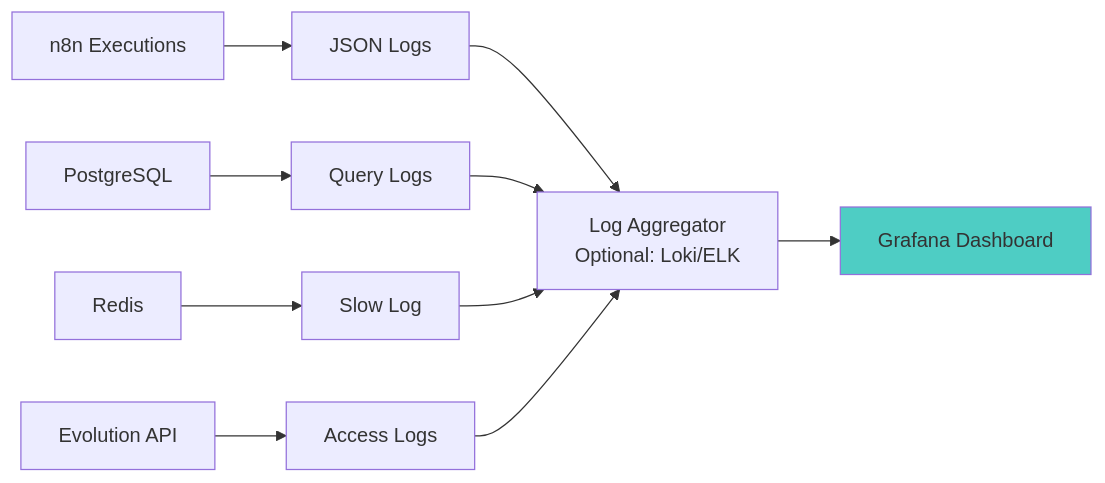
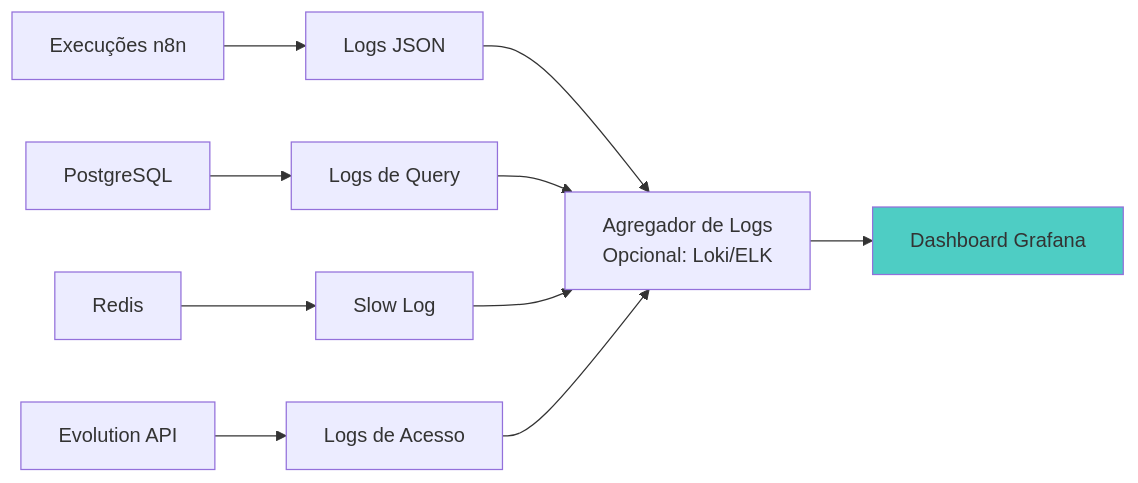
Before and after one commit to RenanLisboa8/n8n-clinic-multiagent: the tenth of 10 diagrams in docs/ARCHITECTURE.md, drawn with Mermaid. The commit also changed other lines of this file and 3 other files, not shown here.

First line of the commit message:
Translate architecture and deployment documentation to Portuguese

````diff
--- a/docs/ARCHITECTURE.md
+++ b/docs/ARCHITECTURE.md
@@ -476,16 +476,16 @@
 ```mermaid
 graph LR
-    N8N[n8n Executions] --> JSON[JSON Logs]
-    PG[PostgreSQL] --> PGLOG[Query Logs]
+    N8N[Execuções n8n] --> JSON[Logs JSON]
+    PG[PostgreSQL] --> PGLOG[Logs de Query]
     REDIS[Redis] --> REDISLOG[Slow Log]
-    EVO[Evolution API] --> EVOLOG[Access Logs]
+    EVO[Evolution API] --> EVOLOG[Logs de Acesso]
     
-    JSON --> AGENT[Log Aggregator<br/>Optional: Loki/ELK]
+    JSON --> AGENT[Agregador de Logs<br/>Opcional: Loki/ELK]
     PGLOG --> AGENT
     REDISLOG --> AGENT
     EVOLOG --> AGENT
     
-    AGENT --> DASH[Grafana Dashboard]
+    AGENT --> DASH[Dashboard Grafana]
     
     style DASH fill:#4ecdc4
 ```
````
